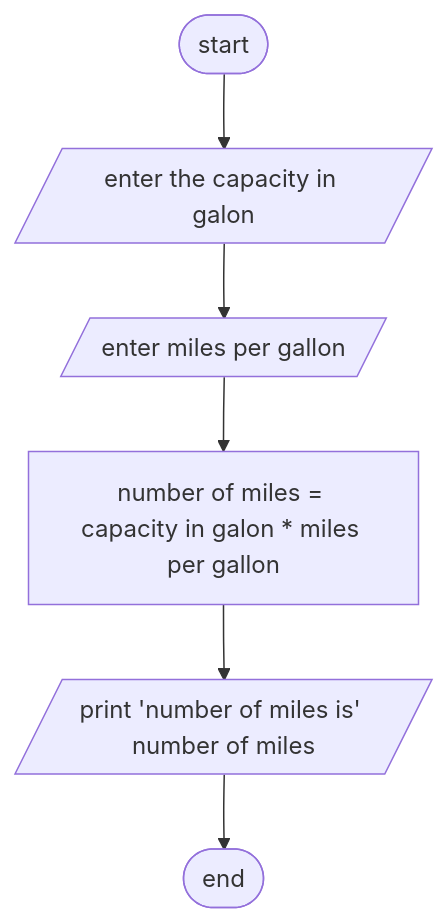
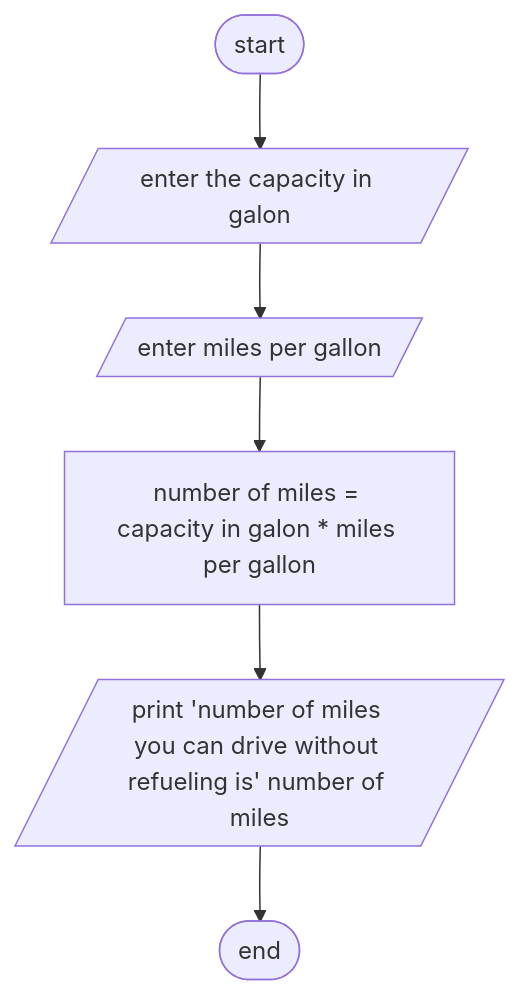
The diagram in ETS1118_15_Philipos_Hailu/2nd year/Exercise 1/Q2 Distance problem/Analysis.md (SWEG-2015EC-Batch/Codify), drawn with Mermaid before and after one commit.

````diff
--- a/ETS1118_15_Philipos_Hailu/2nd year/Exercise 1/Q2 Distance problem/Analysis.md
+++ b/ETS1118_15_Philipos_Hailu/2nd year/Exercise 1/Q2 Distance problem/Analysis.md
@@ -16,8 +16,8 @@
 ```mermaid
 flowchart TD;
 A([start]) --> B[/enter the capacity in galon/];
 B --> C[/enter miles per gallon/];
 C --> D["number of miles = capacity in galon * miles per gallon"];
-D --> E[/print 'number of miles is' number of miles/];
+D --> E[/print 'number of miles you can drive without refueling is' number of miles/];
 E --> F([end]);
 ```
````
